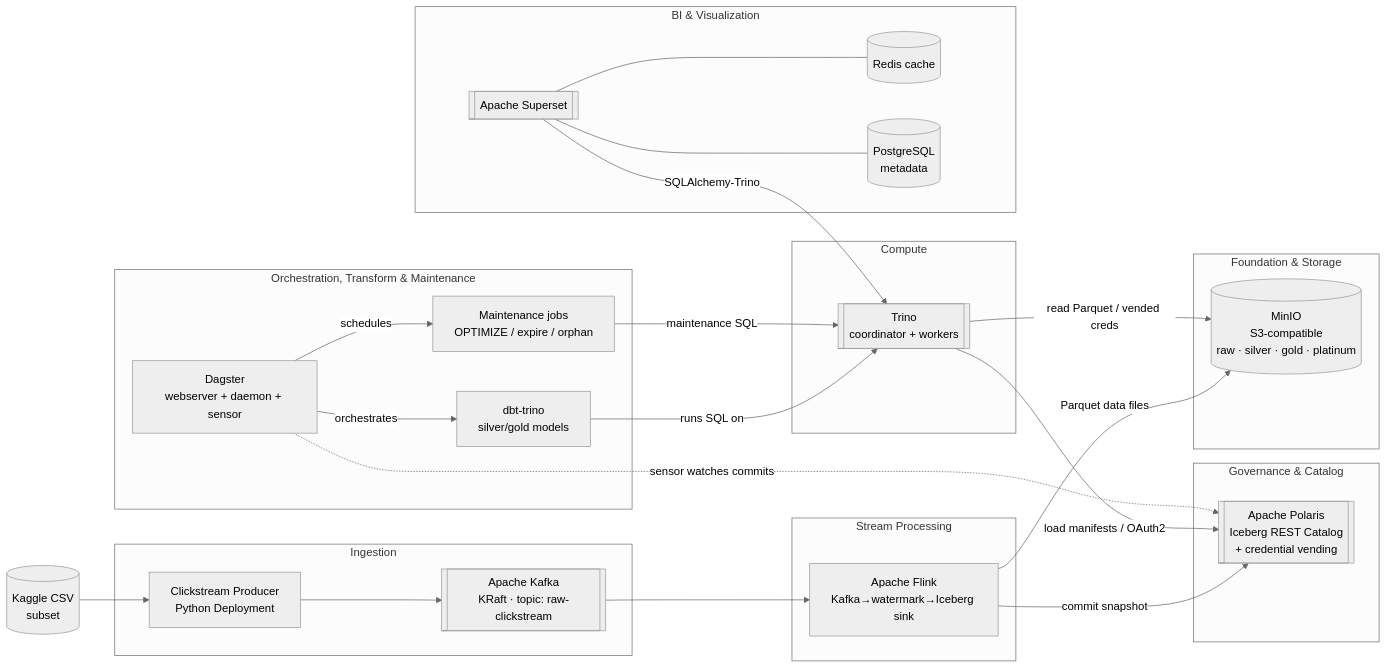
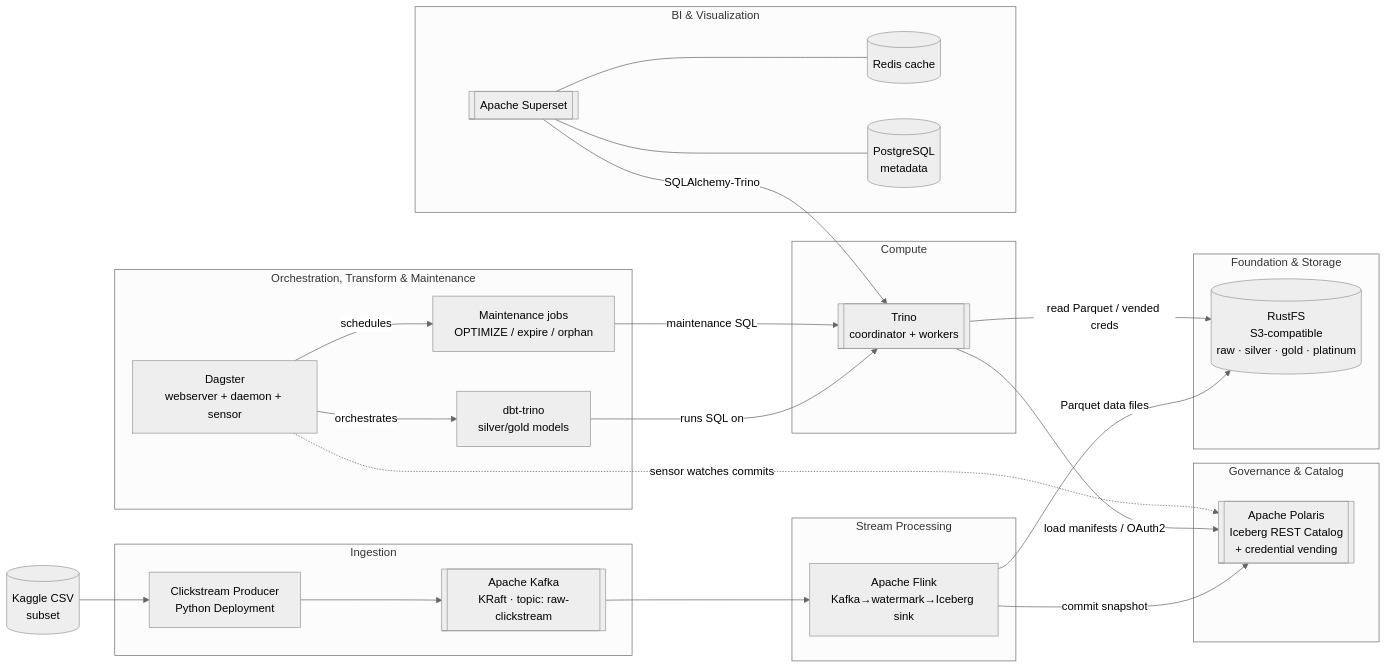
One commit to christiannarbon/open-iceberg-stack changed the second of 3 diagrams in docs/tech/architecture/01-system-context.md. Above: the diagram before and after it, drawn with Mermaid (neutral theme). The commit also changed other lines of this file, not shown here.

Commit message:
updating main architecture diagram

````diff
--- a/docs/tech/architecture/01-system-context.md
+++ b/docs/tech/architecture/01-system-context.md
@@ -36,54 +36,54 @@
 ```mermaid
 flowchart LR
     ds[(Kaggle CSV<br/>subset)]
 
     subgraph ingest["Ingestion"]
         prod[Clickstream Producer<br/>Python Deployment]
         kafka[[Apache Kafka<br/>KRaft · topic: raw-clickstream]]
     end
 
     subgraph process["Stream Processing"]
         flink[Apache Flink<br/>Kafka→watermark→Iceberg sink]
     end
 
     subgraph govern["Governance & Catalog"]
         polaris[[Apache Polaris<br/>Iceberg REST Catalog<br/>+ credential vending]]
     end
 
     subgraph storage["Foundation & Storage"]
-        minio[(MinIO<br/>S3-compatible<br/>raw · silver · gold · platinum)]
+        rustfs[(RustFS<br/>S3-compatible<br/>raw · silver · gold · platinum)]
     end
 
     subgraph compute["Compute"]
         trino[[Trino<br/>coordinator + workers]]
     end
 
     subgraph orch["Orchestration, Transform & Maintenance"]
         dagster[Dagster<br/>webserver + daemon + sensor]
         dbt[dbt-trino<br/>silver/gold models]
         maint[Maintenance jobs<br/>OPTIMIZE / expire / orphan]
     end
 
     subgraph bi["BI & Visualization"]
         superset[[Apache Superset]]
         redis[(Redis cache)]
         pg[(PostgreSQL<br/>metadata)]
     end
 
     ds --> prod --> kafka --> flink
-    flink -->|Parquet data files| minio
+    flink -->|Parquet data files| rustfs
     flink -->|commit snapshot| polaris
 
     trino -->|load manifests / OAuth2| polaris
-    trino -->|read Parquet / vended creds| minio
+    trino -->|read Parquet / vended creds| rustfs
 
     dagster -->|orchestrates| dbt
     dbt -->|runs SQL on| trino
     dagster -->|schedules| maint
     maint -->|maintenance SQL| trino
     dagster -.->|sensor watches commits| polaris
 
     superset -->|SQLAlchemy-Trino| trino
     superset --- redis
     superset --- pg
 ```
````
